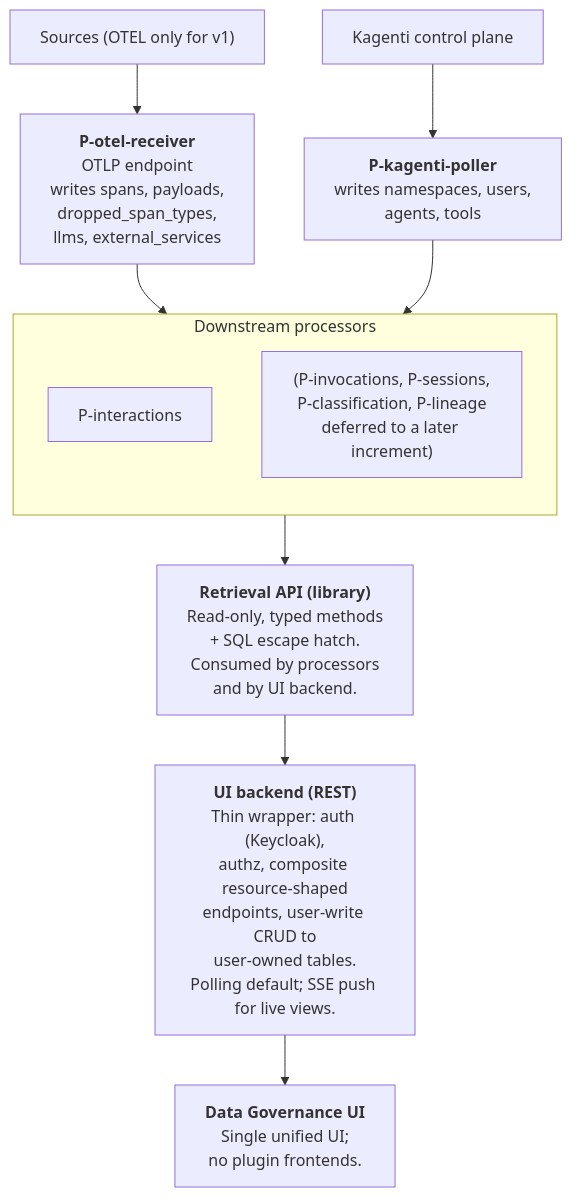
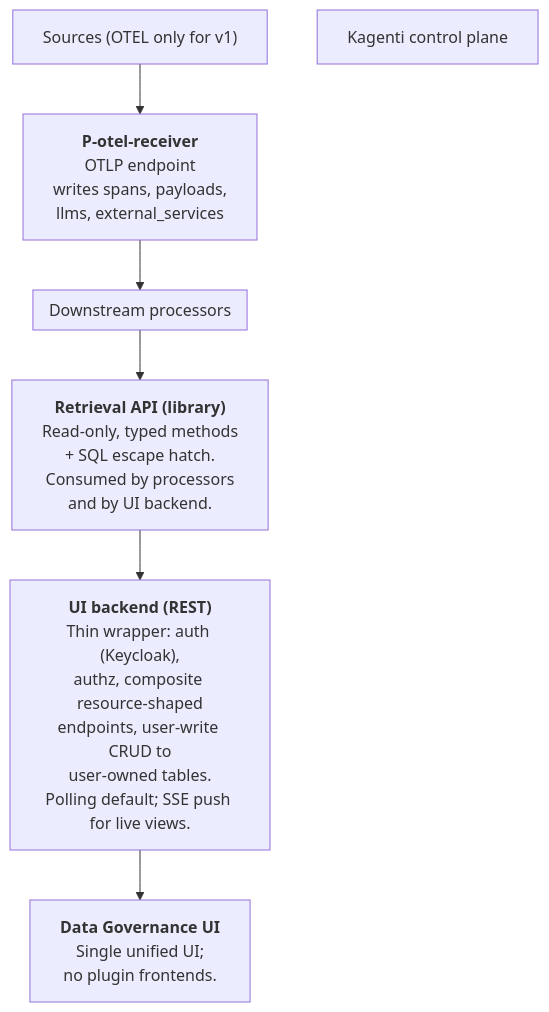
Before and after one commit to rossoctl/lab-data-governance: the diagram in docs/PROJECT.md, drawn with Mermaid. The commit also changed other lines of this file, not shown here.

Commit message:
Refactor PROJECT.md: remove P-kagenti-poller, P-interactions, deferred features, span classification, drop_span_types, and interactions table

````diff
--- a/docs/PROJECT.md
+++ b/docs/PROJECT.md
@@ -28,28 +28,23 @@
 ```mermaid
 flowchart TD
     Sources["Sources (OTEL only for v1)"]
     KagentiCP["Kagenti control plane"]
 
-    POtel["<b>P-otel-receiver</b><br/>OTLP endpoint<br/>writes spans, payloads,<br/>dropped_span_types,<br/>llms, external_services"]
-    PPoller["<b>P-kagenti-poller</b><br/>writes namespaces, users,<br/>agents, tools"]
+    POtel["<b>P-otel-receiver</b><br/>OTLP endpoint<br/>writes spans, payloads,<br/>llms, external_services"]
 
     subgraph Downstream["Downstream processors"]
         direction TB
-        PInter["P-interactions"]
-        Deferred["(P-invocations, P-sessions,<br/>P-classification, P-lineage<br/>deferred to a later increment)"]
     end
 
     Retrieval["<b>Retrieval API (library)</b><br/>Read-only, typed methods<br/>+ SQL escape hatch.<br/>Consumed by processors<br/>and by UI backend."]
 
     UIBackend["<b>UI backend (REST)</b><br/>Thin wrapper: auth (Keycloak),<br/>authz, composite resource-shaped<br/>endpoints, user-write CRUD to<br/>user-owned tables.<br/>Polling default; SSE push for live views."]
 
     UI["<b>Data Governance UI</b><br/>Single unified UI;<br/>no plugin frontends."]
 
     Sources --> POtel
-    KagentiCP --> PPoller
     POtel --> Downstream
-    PPoller --> Downstream
     Downstream --> Retrieval
     Retrieval --> UIBackend
     UIBackend --> UI
 ```
````
